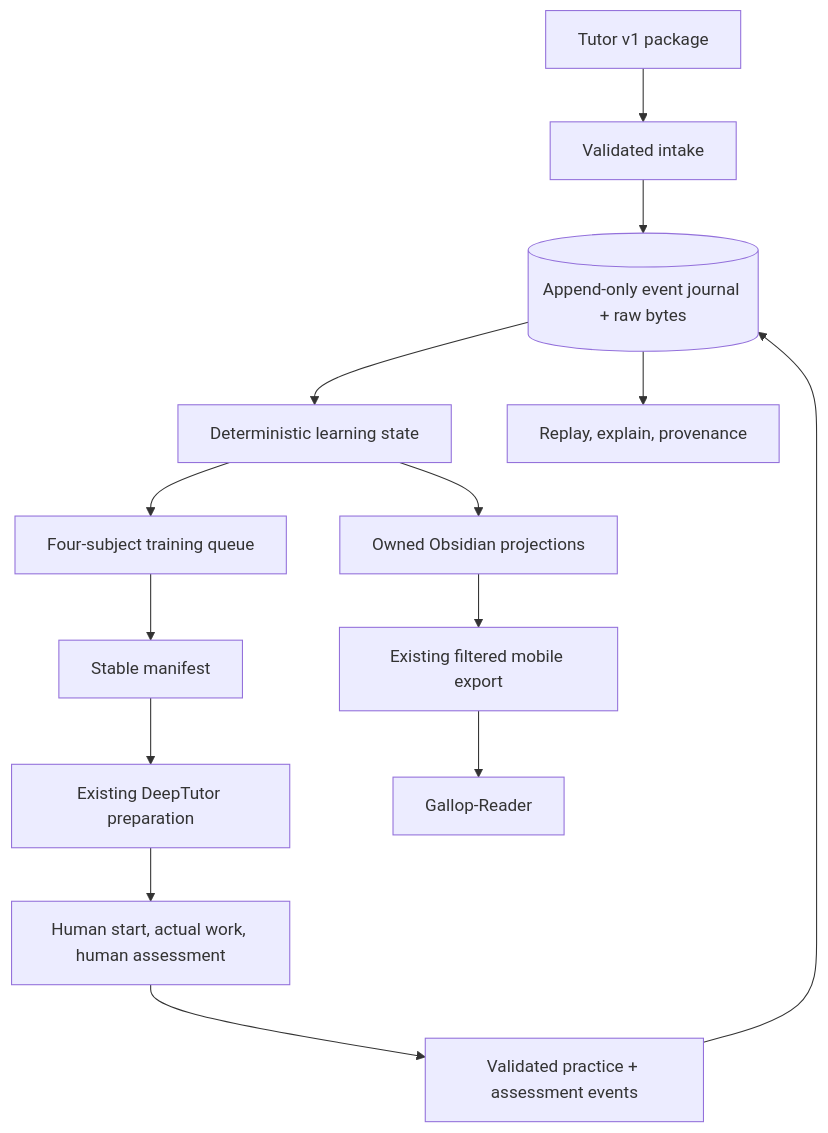
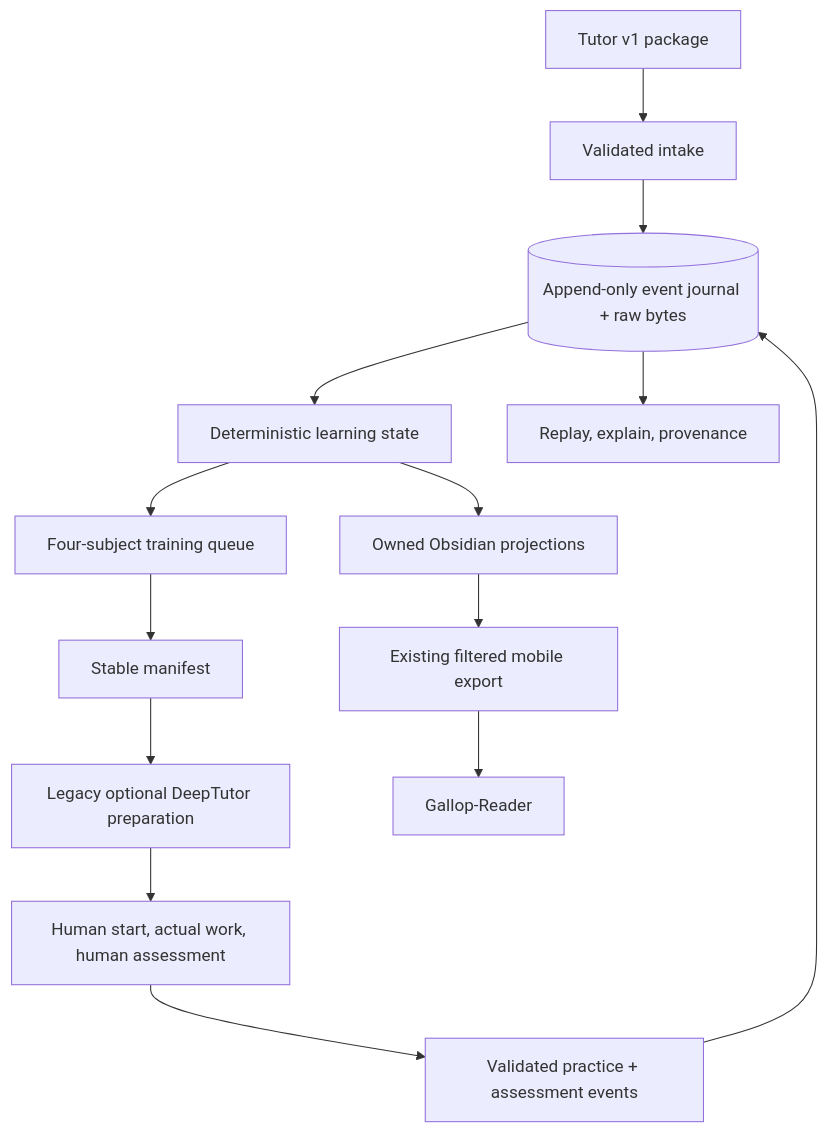
Before and after one commit to lucaschang2021/gallop: the diagram in docs/architecture.md, drawn with Mermaid. The commit also changed other lines of this file and 24 other files, not shown here.

```diff
--- a/docs/architecture.md
+++ b/docs/architecture.md
@@ -12,16 +22,16 @@
 ~~~mermaid
 flowchart TD
     T[Tutor v1 package] --> I[Validated intake]
     I --> E[(Append-only event journal + raw bytes)]
     E --> S[Deterministic learning state]
     S --> Q[Four-subject training queue]
     Q --> M[Stable manifest]
-    M --> D[Existing DeepTutor preparation]
+    M --> D[Legacy optional DeepTutor preparation]
     D --> H[Human start, actual work, human assessment]
     H --> R[Validated practice + assessment events]
     R --> E
     S --> V[Owned Obsidian projections]
     V --> P[Existing filtered mobile export]
     P --> G[Gallop-Reader]
     E --> A[Replay, explain, provenance]
 ~~~
```
